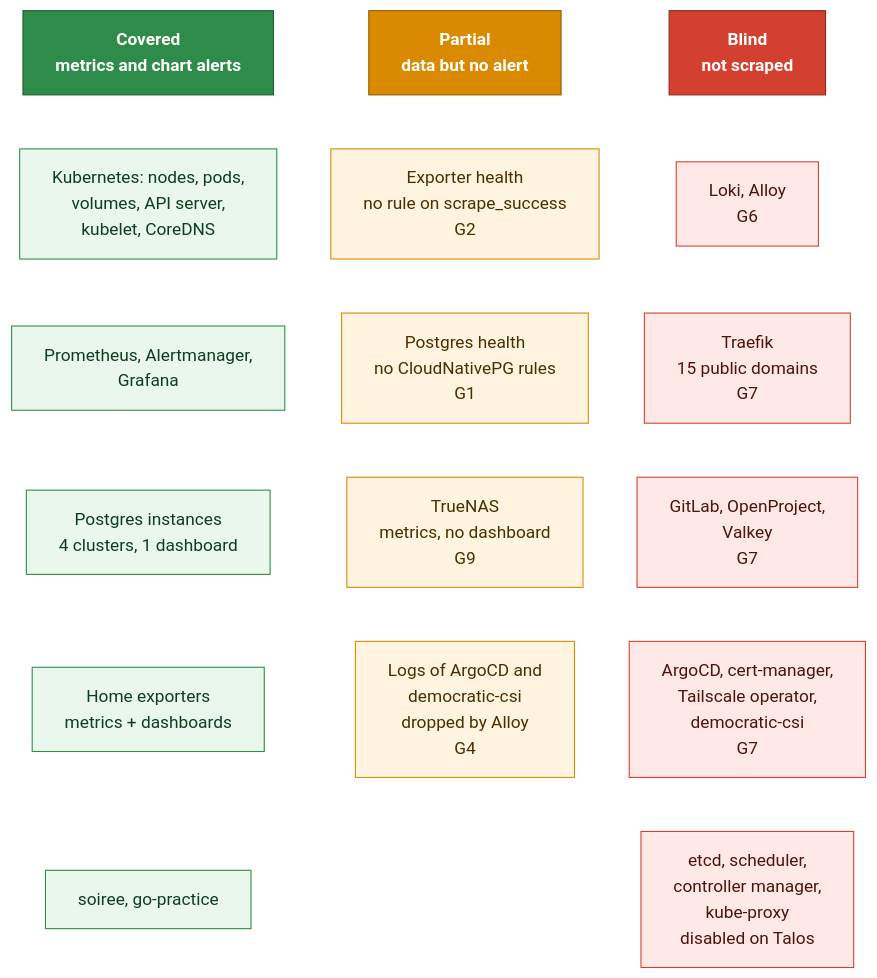
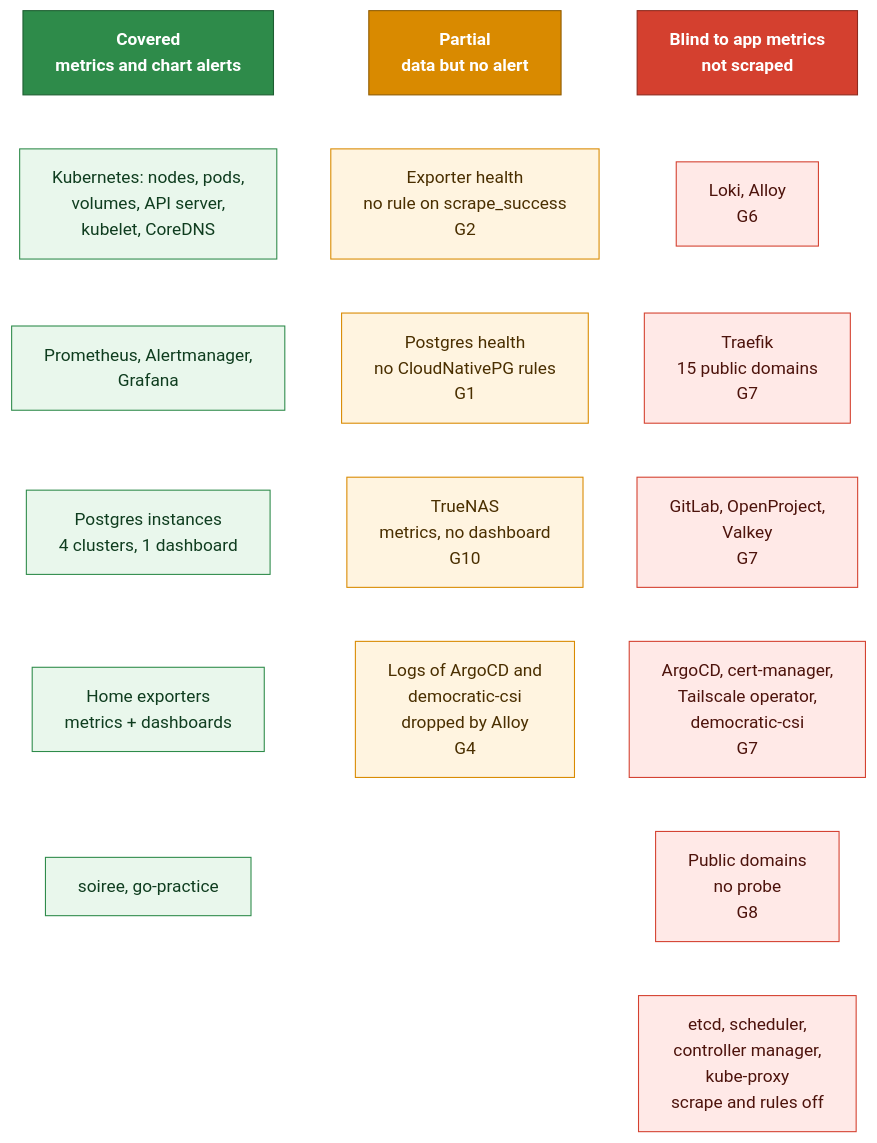
One commit to Yornik/sharkshere-gitops changed the third of 3 diagrams in docs/tech/monitoring.md. Above: the diagram before and after it, drawn with Mermaid (forest theme). The commit also changed other lines of this file, not shown here.

````diff
--- a/docs/tech/monitoring.md
+++ b/docs/tech/monitoring.md
@@ -352,40 +377,41 @@
 ```mermaid
 flowchart TB
   classDef okh fill:#2e8b4a,stroke:#1d5e31,color:#ffffff,font-weight:bold
   classDef parth fill:#d98a00,stroke:#8f5b00,color:#ffffff,font-weight:bold
   classDef noneh fill:#d4402f,stroke:#8d2a1e,color:#ffffff,font-weight:bold
   classDef ok fill:#e9f7ec,stroke:#2e8b4a,color:#0f3d1f
   classDef part fill:#fff4e0,stroke:#d98a00,color:#4a2f00
   classDef none fill:#ffe9e7,stroke:#d4402f,color:#4d130c
 
   H1["Covered<br/>metrics and chart alerts"]
   A1["Kubernetes: nodes, pods,<br/>volumes, API server,<br/>kubelet, CoreDNS"]
   A2["Prometheus, Alertmanager,<br/>Grafana"]
   A3["Postgres instances<br/>4 clusters, 1 dashboard"]
   A4["Home exporters<br/>metrics + dashboards"]
   A5["soiree, go-practice"]
 
   H2["Partial<br/>data but no alert"]
   B1["Exporter health<br/>no rule on scrape_success<br/>G2"]
   B2["Postgres health<br/>no CloudNativePG rules<br/>G1"]
-  B3["TrueNAS<br/>metrics, no dashboard<br/>G9"]
+  B3["TrueNAS<br/>metrics, no dashboard<br/>G10"]
   B4["Logs of ArgoCD and<br/>democratic-csi<br/>dropped by Alloy<br/>G4"]
 
-  H3["Blind<br/>not scraped"]
+  H3["Blind to app metrics<br/>not scraped"]
   C1["Loki, Alloy<br/>G6"]
   C2["Traefik<br/>15 public domains<br/>G7"]
   C3["GitLab, OpenProject,<br/>Valkey<br/>G7"]
   C4["ArgoCD, cert-manager,<br/>Tailscale operator,<br/>democratic-csi<br/>G7"]
-  C5["etcd, scheduler,<br/>controller manager,<br/>kube-proxy<br/>disabled on Talos"]
+  C5["Public domains<br/>no probe<br/>G8"]
+  C6["etcd, scheduler,<br/>controller manager,<br/>kube-proxy<br/>scrape and rules off"]
 
   H1 ~~~ A1 ~~~ A2 ~~~ A3 ~~~ A4 ~~~ A5
   H2 ~~~ B1 ~~~ B2 ~~~ B3 ~~~ B4
-  H3 ~~~ C1 ~~~ C2 ~~~ C3 ~~~ C4 ~~~ C5
+  H3 ~~~ C1 ~~~ C2 ~~~ C3 ~~~ C4 ~~~ C5 ~~~ C6
 
   class H1 okh
   class H2 parth
   class H3 noneh
   class A1,A2,A3,A4,A5 ok
   class B1,B2,B3,B4 part
-  class C1,C2,C3,C4,C5 none
+  class C1,C2,C3,C4,C5,C6 none
 ```
````
